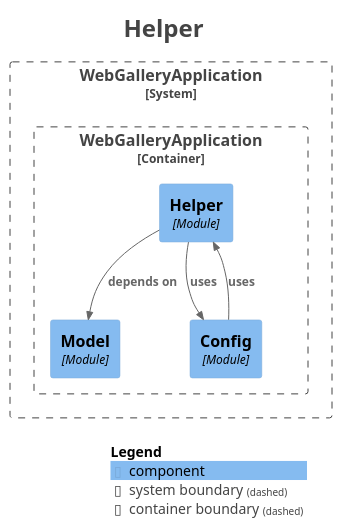
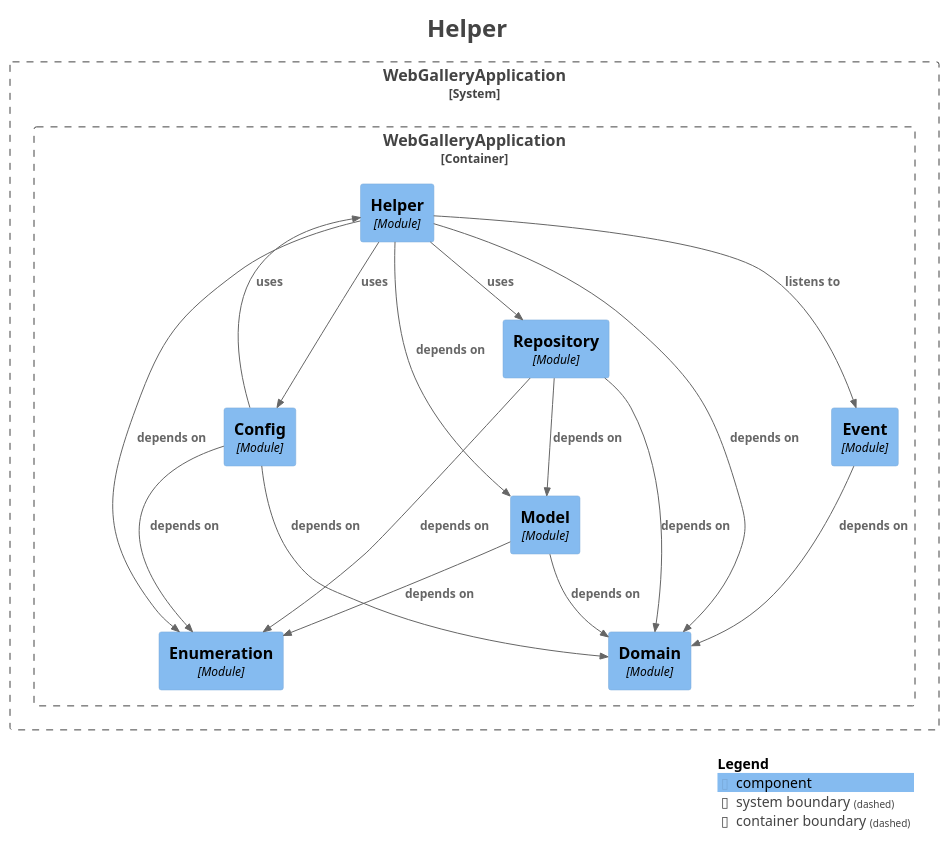
The diagram in doc/modulith/module-helper.puml (KentoKodama214/WebGallery), drawn with PlantUML before and after one commit. The commit also changed 45 other files, not shown here.

```diff
--- a/doc/modulith/module-helper.puml
+++ b/doc/modulith/module-helper.puml
@@ -1,33 +1,49 @@
 @startuml
 title <size:24>Helper</size>
 
 set separator none
 top to bottom direction
 
 <style>
   root {
     BackgroundColor: #ffffff
     FontColor: #444444
   }
 </style>
 
 !include <C4/C4>
 !include <C4/C4_Context>
 !include <C4/C4_Component>
 
 System_Boundary("WebGalleryApplication_boundary", "WebGalleryApplication", $tags="") {
   Container_Boundary("WebGalleryApplication.WebGalleryApplication_boundary", "WebGalleryApplication", $tags="") {
+    Component(WebGalleryApplication.WebGalleryApplication.Enumeration, "Enumeration", $techn="Module", $descr="", $tags="", $link="")
+    Component(WebGalleryApplication.WebGalleryApplication.Event, "Event", $techn="Module", $descr="", $tags="", $link="")
     Component(WebGalleryApplication.WebGalleryApplication.Helper, "Helper", $techn="Module", $descr="", $tags="", $link="")
     Component(WebGalleryApplication.WebGalleryApplication.Model, "Model", $techn="Module", $descr="", $tags="", $link="")
+    Component(WebGalleryApplication.WebGalleryApplication.Repository, "Repository", $techn="Module", $descr="", $tags="", $link="")
     Component(WebGalleryApplication.WebGalleryApplication.Config, "Config", $techn="Module", $descr="", $tags="", $link="")
+    Component(WebGalleryApplication.WebGalleryApplication.Domain, "Domain", $techn="Module", $descr="", $tags="", $link="")
   }
 
 }
 
+Rel(WebGalleryApplication.WebGalleryApplication.Config, WebGalleryApplication.WebGalleryApplication.Domain, "depends on", $techn="", $tags="", $link="")
+Rel(WebGalleryApplication.WebGalleryApplication.Config, WebGalleryApplication.WebGalleryApplication.Enumeration, "depends on", $techn="", $tags="", $link="")
 Rel(WebGalleryApplication.WebGalleryApplication.Config, WebGalleryApplication.WebGalleryApplication.Helper, "uses", $techn="", $tags="", $link="")
+Rel(WebGalleryApplication.WebGalleryApplication.Model, WebGalleryApplication.WebGalleryApplication.Domain, "depends on", $techn="", $tags="", $link="")
+Rel(WebGalleryApplication.WebGalleryApplication.Model, WebGalleryApplication.WebGalleryApplication.Enumeration, "depends on", $techn="", $tags="", $link="")
+Rel(WebGalleryApplication.WebGalleryApplication.Helper, WebGalleryApplication.WebGalleryApplication.Event, "listens to", $techn="", $tags="", $link="")
+Rel(WebGalleryApplication.WebGalleryApplication.Helper, WebGalleryApplication.WebGalleryApplication.Domain, "depends on", $techn="", $tags="", $link="")
 Rel(WebGalleryApplication.WebGalleryApplication.Helper, WebGalleryApplication.WebGalleryApplication.Model, "depends on", $techn="", $tags="", $link="")
+Rel(WebGalleryApplication.WebGalleryApplication.Helper, WebGalleryApplication.WebGalleryApplication.Enumeration, "depends on", $techn="", $tags="", $link="")
 Rel(WebGalleryApplication.WebGalleryApplication.Helper, WebGalleryApplication.WebGalleryApplication.Config, "uses", $techn="", $tags="", $link="")
+Rel(WebGalleryApplication.WebGalleryApplication.Helper, WebGalleryApplication.WebGalleryApplication.Repository, "uses", $techn="", $tags="", $link="")
+Rel(WebGalleryApplication.WebGalleryApplication.Repository, WebGalleryApplication.WebGalleryApplication.Domain, "depends on", $techn="", $tags="", $link="")
+Rel(WebGalleryApplication.WebGalleryApplication.Repository, WebGalleryApplication.WebGalleryApplication.Model, "depends on", $techn="", $tags="", $link="")
+Rel(WebGalleryApplication.WebGalleryApplication.Repository, WebGalleryApplication.WebGalleryApplication.Enumeration, "depends on", $techn="", $tags="", $link="")
+Rel(WebGalleryApplication.WebGalleryApplication.Event, WebGalleryApplication.WebGalleryApplication.Domain, "depends on", $techn="", $tags="", $link="")
 
 SHOW_LEGEND(true)
 hide stereotypes
 @enduml
```
